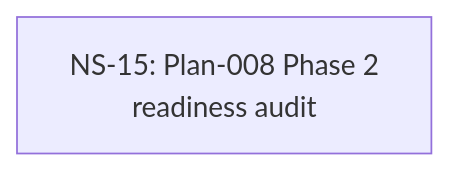
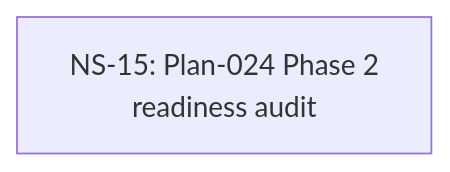
Before and after one commit to Sawmonabo/ai-sidekicks: the diagram in .claude/skills/plan-execution/scripts/__tests__/fixtures/10-audit-skip/expected/docs/architecture/cross-plan-dependencies.md, drawn with Mermaid. The commit also changed other lines of this file and 11 other files, not shown here.

````diff
--- a/.claude/skills/plan-execution/scripts/__tests__/fixtures/10-audit-skip/expected/docs/architecture/cross-plan-dependencies.md
+++ b/.claude/skills/plan-execution/scripts/__tests__/fixtures/10-audit-skip/expected/docs/architecture/cross-plan-dependencies.md
@@ -15,4 +15,4 @@
 ```mermaid
 graph TB
-  NS15[NS-15: Plan-008 Phase 2<br/>readiness audit]:::completed
+  NS15[NS-15: Plan-024 Phase 2<br/>readiness audit]:::completed
 ```
````
